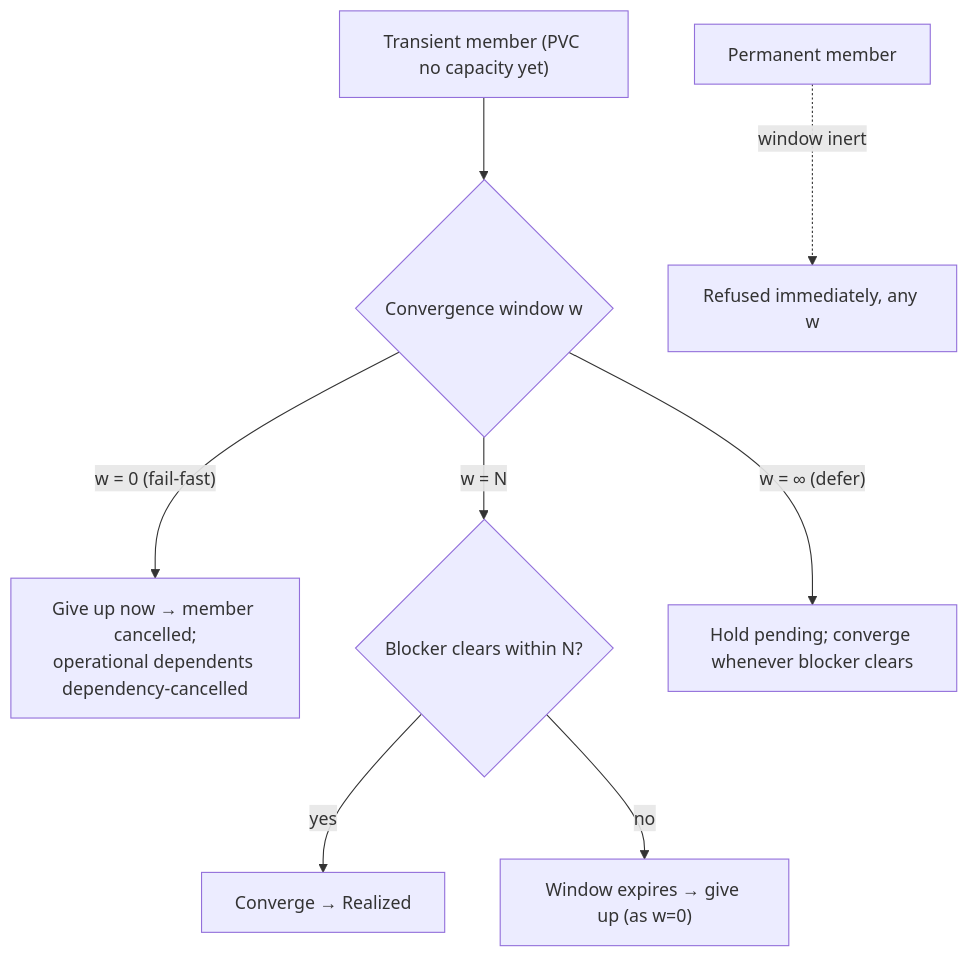
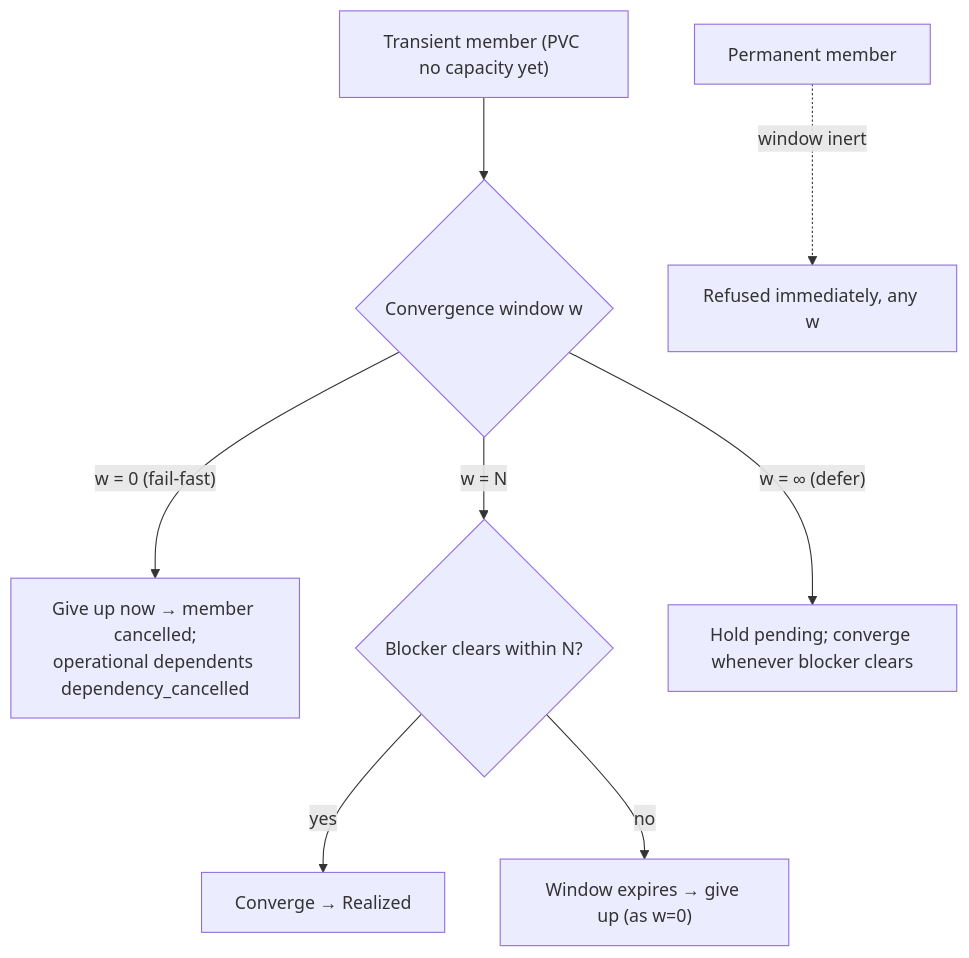
One commit to croadfeldt/udlm changed the diagram in docs/flows/intent-fulfillment-convergence-window.md. Above: the diagram before and after it, drawn with Mermaid. The commit also changed other lines of this file and 204 other files, not shown here.

First line of the commit message:
Record-schema values to snake_case (#657, row 120)

````diff
--- a/docs/flows/intent-fulfillment-convergence-window.md
+++ b/docs/flows/intent-fulfillment-convergence-window.md
@@ -24,10 +24,10 @@
 ```mermaid
 flowchart TD
     M["Transient member (PVC no capacity yet)"] --> W{"Convergence window w"}
-    W -->|"w = 0 (fail-fast)"| Z0["Give up now → member cancelled;\noperational dependents dependency-cancelled"]
+    W -->|"w = 0 (fail-fast)"| Z0["Give up now → member cancelled;\noperational dependents dependency_cancelled"]
     W -->|"w = N"| ZN{"Blocker clears within N?"}
     ZN -->|yes| ZNy["Converge → Realized"]
     ZN -->|no| ZNn["Window expires → give up (as w=0)"]
     W -->|"w = ∞ (defer)"| ZI["Hold pending; converge whenever blocker clears"]
     P["Permanent member"] -.window inert.-> PR["Refused immediately, any w"]
 ```
````
